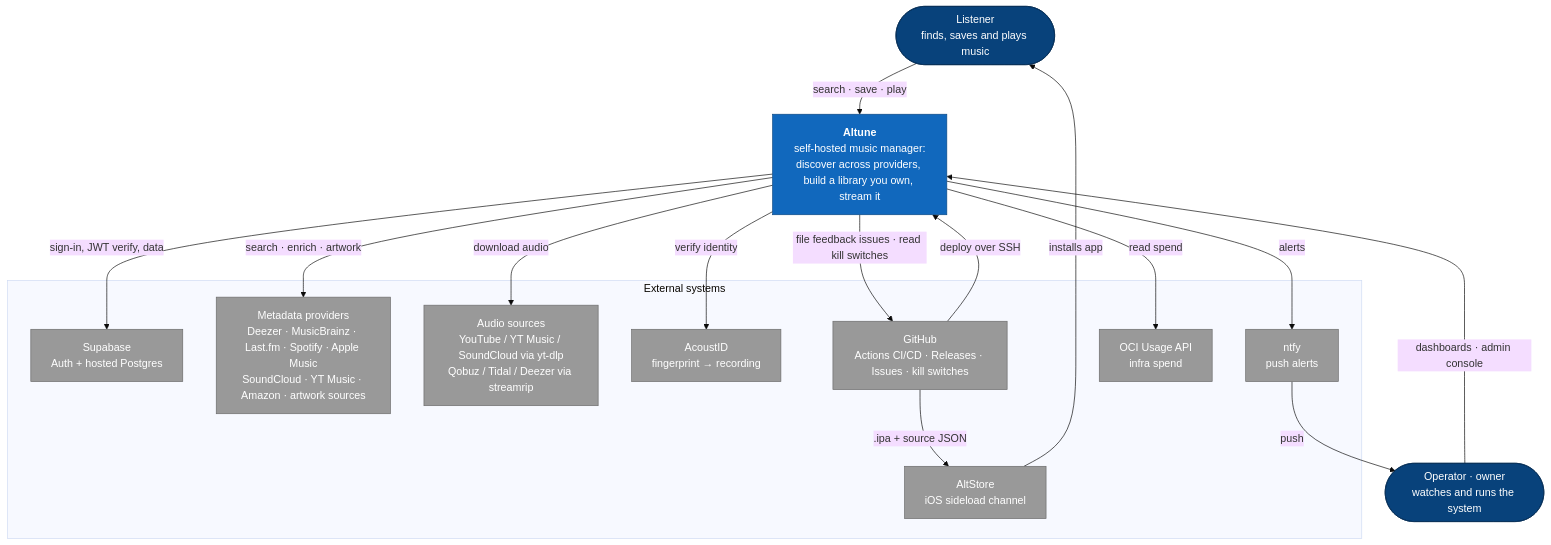
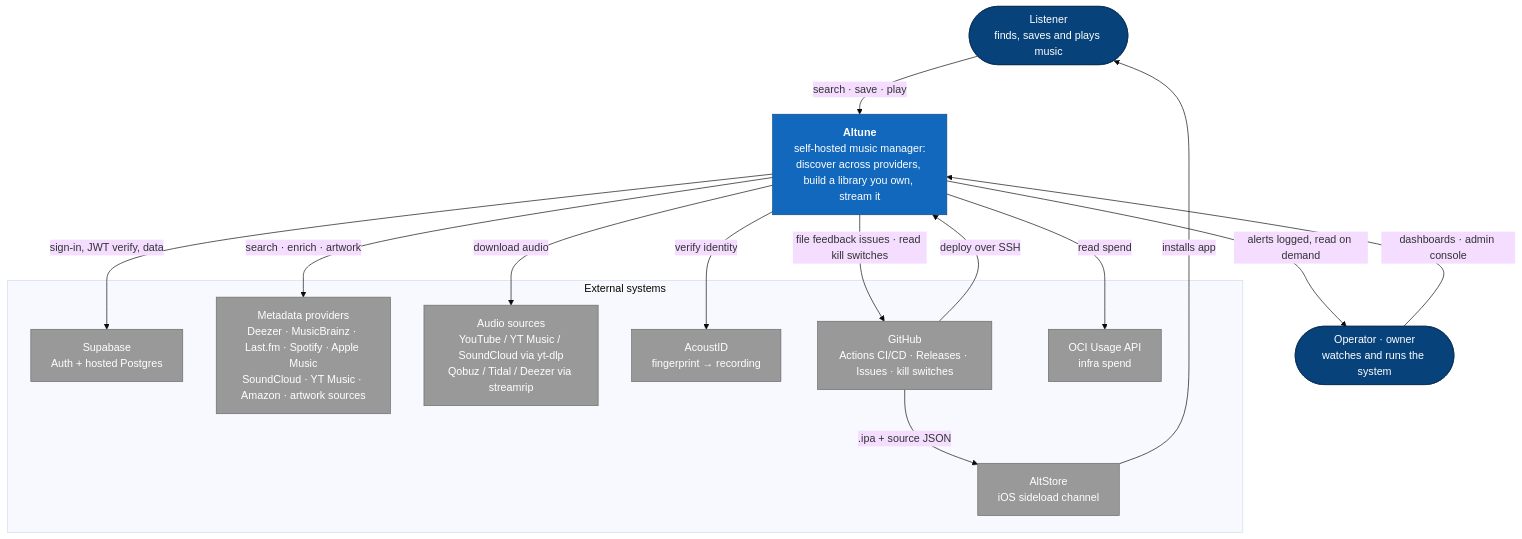
One commit to aleburrascano/altune changed the first of 2 diagrams in docs/diagrams/system.md. Above: the diagram before and after it, drawn with Mermaid (base theme). The commit also changed other lines of this file and 22 other files, not shown here.

First line of the commit message:
chore(go-api): remove ntfy alert push, log alerts instead (#2795)

````diff
--- a/docs/diagrams/system.md
+++ b/docs/diagrams/system.md
@@ -7,39 +7,37 @@
 ```mermaid
 flowchart TD
     listener(["Listener<br/>finds, saves and plays music"])
     operator(["Operator · owner<br/>watches and runs the system"])
 
     altune["<b>Altune</b><br/>self-hosted music manager:<br/>discover across providers, build a library you own, stream it"]
 
     subgraph ext [External systems]
         supa["Supabase<br/>Auth + hosted Postgres"]
         meta["Metadata providers<br/>Deezer · MusicBrainz · Last.fm · Spotify · Apple Music<br/>SoundCloud · YT Music · Amazon · artwork sources"]
         sources["Audio sources<br/>YouTube / YT Music / SoundCloud via yt-dlp<br/>Qobuz / Tidal / Deezer via streamrip"]
         acoustid["AcoustID<br/>fingerprint → recording"]
         github["GitHub<br/>Actions CI/CD · Releases · Issues · kill switches"]
-        ntfy["ntfy<br/>push alerts"]
         altstore["AltStore<br/>iOS sideload channel"]
         ociusage["OCI Usage API<br/>infra spend"]
     end
 
     listener -->|search · save · play| altune
     operator -->|dashboards · admin console| altune
     altune -->|sign-in, JWT verify, data| supa
     altune -->|search · enrich · artwork| meta
     altune -->|download audio| sources
     altune -->|verify identity| acoustid
     altune -->|file feedback issues · read kill switches| github
     github -->|deploy over SSH| altune
-    altune -->|alerts| ntfy
-    ntfy -->|push| operator
+    altune -->|alerts logged, read on demand| operator
     altstore -->|installs app| listener
     github -->|.ipa + source JSON| altstore
     altune -->|read spend| ociusage
 
     classDef sys fill:#1168bd,color:#fff,stroke:#0b4884
     classDef person fill:#08427b,color:#fff,stroke:#052e56
     classDef external fill:#999,color:#fff,stroke:#6b6b6b
     class altune sys
     class listener,operator person
-    class supa,meta,sources,acoustid,github,ntfy,altstore,ociusage external
+    class supa,meta,sources,acoustid,github,altstore,ociusage external
 ```
````
